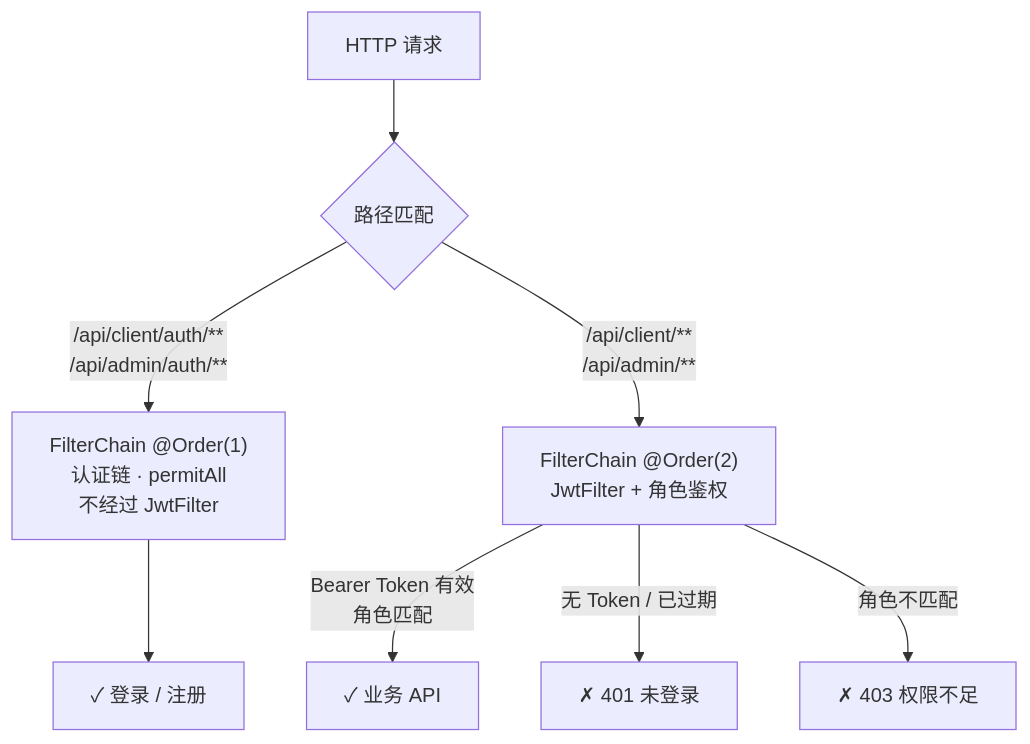
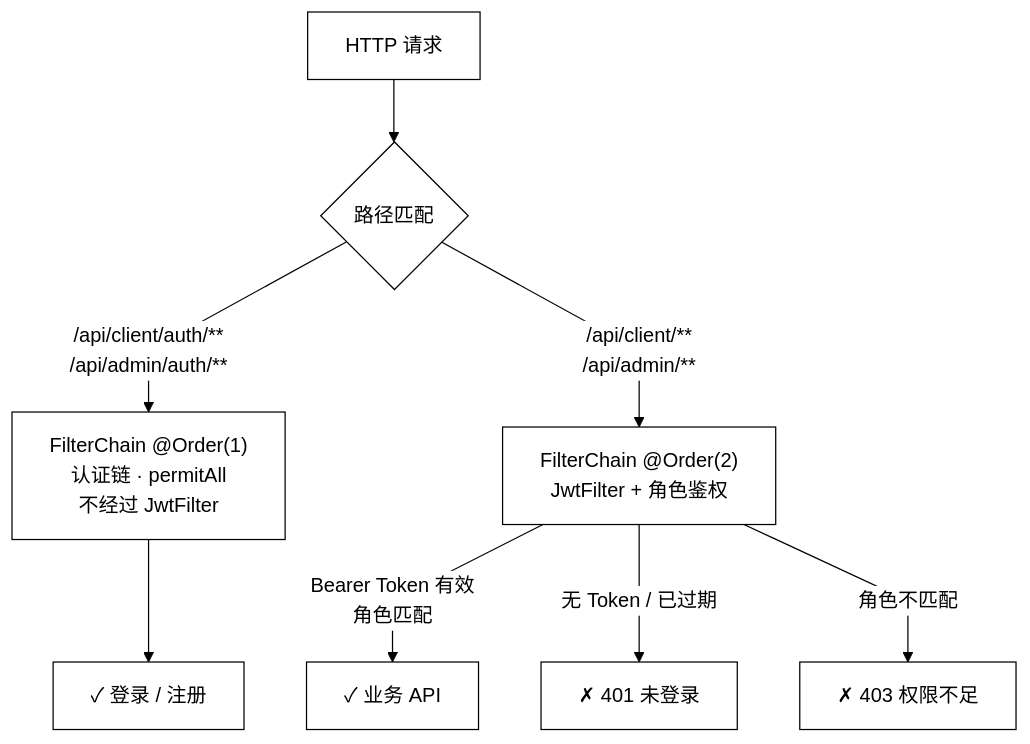
Diagram 11 of 11 in docs/设计模式课程设计报告.md (sanaedesuyo/ordersys), drawn with Mermaid before and after one commit. The commit also changed other lines of this file, not shown here.

First line of the commit message:
docs: unify Mermaid diagram styling in course report

````diff
--- a/docs/设计模式课程设计报告.md
+++ b/docs/设计模式课程设计报告.md
@@ -916,12 +926,13 @@
 ```mermaid
+%%{init: {'theme':'base','themeVariables':{'primaryColor':'#ffffff','primaryTextColor':'#000000','primaryBorderColor':'#000000','secondaryColor':'#ffffff','secondaryTextColor':'#000000','secondaryBorderColor':'#000000','tertiaryColor':'#ffffff','tertiaryTextColor':'#000000','tertiaryBorderColor':'#000000','lineColor':'#000000','mainBkg':'#ffffff','nodeBorder':'#000000','clusterBkg':'#ffffff','clusterBorder':'#000000','titleColor':'#000000','edgeLabelBackground':'#ffffff','actorBkg':'#ffffff','actorBorder':'#000000','actorTextColor':'#000000','signalColor':'#000000','labelBoxBkgColor':'#ffffff','labelBoxBorderColor':'#000000','labelTextColor':'#000000','noteBkgColor':'#ffffff','noteBorderColor':'#000000','entityBkg':'#ffffff','attributeBackgroundColorOdd':'#ffffff','attributeBackgroundColorEven':'#ffffff','fillType0':'#ffffff','fillType1':'#ffffff','fillType2':'#ffffff','fillType3':'#ffffff','fillType4':'#ffffff','fillType5':'#ffffff','fillType6':'#ffffff','fillType7':'#ffffff'},'flowchart':{'curve':'linear','htmlLabels':true}}}%%
 flowchart TB
     REQ["HTTP 请求"] --> MATCH{"路径匹配"}
 
     MATCH -->|"/api/client/auth/**<br/>/api/admin/auth/**"| CHAIN1["FilterChain @Order(1)<br/>认证链 · permitAll<br/>不经过 JwtFilter"]
     MATCH -->|"/api/client/**<br/>/api/admin/**"| CHAIN2["FilterChain @Order(2)<br/>JwtFilter + 角色鉴权"]
 
     CHAIN1 --> OK1["✓ 登录 / 注册"]
     CHAIN2 -->|"Bearer Token 有效<br/>角色匹配"| OK2["✓ 业务 API"]
     CHAIN2 -->|"无 Token / 已过期"| E401["✗ 401 未登录"]
     CHAIN2 -->|"角色不匹配"| E403["✗ 403 权限不足"]
 ```
````
